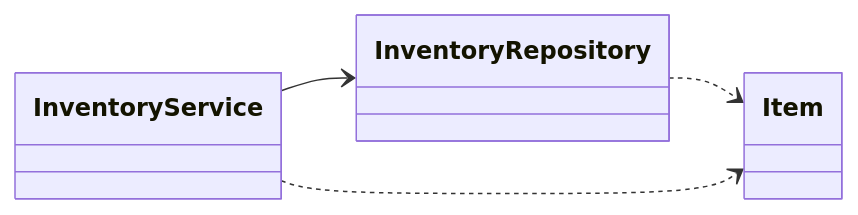
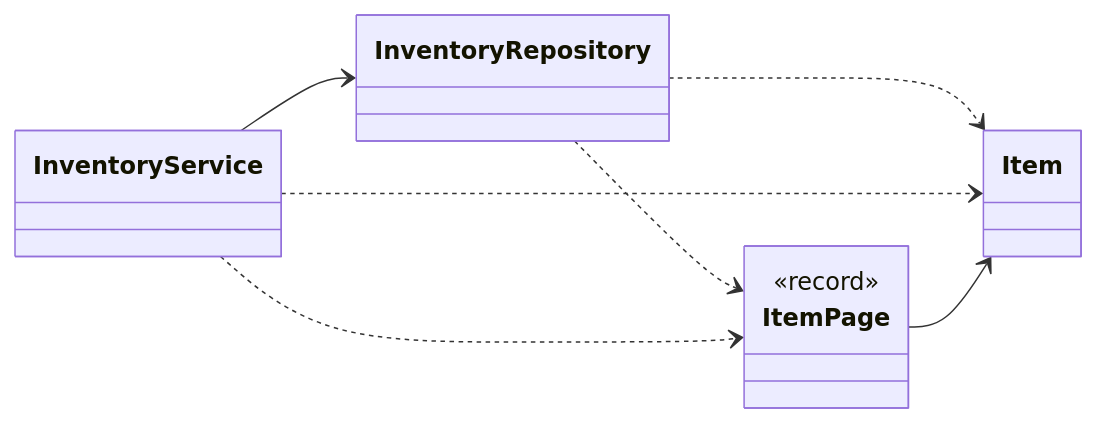
One commit to Nate-ryan-7690/dahaem changed the first of 5 diagrams in docs/classes/inventory.md. Above: the diagram before and after it, drawn with Mermaid. The commit also changed other lines of this file and 6 other files, not shown here.

````diff
--- a/docs/classes/inventory.md
+++ b/docs/classes/inventory.md
@@ -11,10 +11,16 @@
 ```mermaid
 classDiagram
     direction LR
     class inventory_InventoryRepository["InventoryRepository"]
     class inventory_InventoryService["InventoryService"]
     class inventory_Item["Item"]
+    class inventory_ItemPage["ItemPage"] {
+        <<record>>
+    }
     inventory_InventoryRepository ..> inventory_Item
+    inventory_InventoryRepository ..> inventory_ItemPage
     inventory_InventoryService --> inventory_InventoryRepository
     inventory_InventoryService ..> inventory_Item
+    inventory_InventoryService ..> inventory_ItemPage
+    inventory_ItemPage --> inventory_Item
 ```
````
